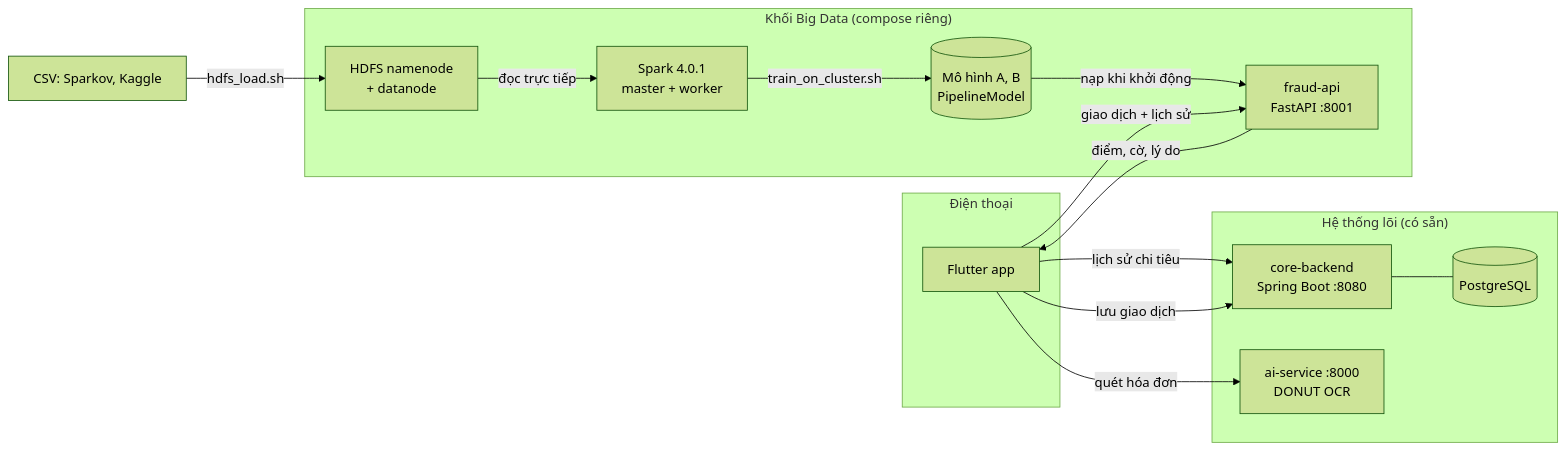
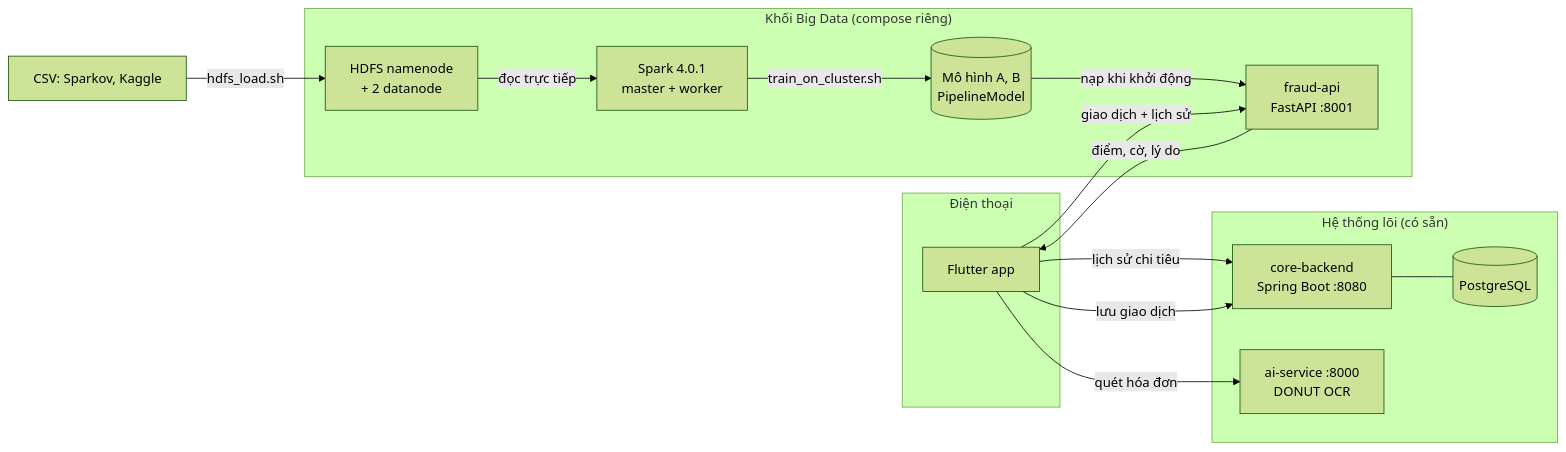
One commit to TriPhan15/spark-financial-anomaly-detection changed the first of 3 diagrams in BigData/docs/TEAM_GUIDE.md. Above: the diagram before and after it, drawn with Mermaid (forest theme). The commit also changed other lines of this file and 13 other files, not shown here.

Commit message:
docs(bigdata): sync docs with two-datanode HDFS and scaling results

````diff
--- a/BigData/docs/TEAM_GUIDE.md
+++ b/BigData/docs/TEAM_GUIDE.md
@@ -82,27 +84,27 @@
 ```mermaid
 flowchart LR
     subgraph Mobile["Điện thoại"]
         APP["Flutter app"]
     end
     subgraph Core["Hệ thống lõi (có sẵn)"]
         CB["core-backend<br/>Spring Boot :8080"]
         PG[("PostgreSQL")]
         AI["ai-service :8000<br/>DONUT OCR"]
     end
     subgraph BD["Khối Big Data (compose riêng)"]
-        NN["HDFS namenode<br/>+ datanode"]
+        NN["HDFS namenode<br/>+ 2 datanode"]
         SP["Spark 4.0.1<br/>master + worker"]
         MODEL[("Mô hình A, B<br/>PipelineModel")]
         API["fraud-api<br/>FastAPI :8001"]
     end
     CSV["CSV: Sparkov, Kaggle"] -->|hdfs_load.sh| NN
     NN -->|đọc trực tiếp| SP
     SP -->|train_on_cluster.sh| MODEL
     MODEL -->|nạp khi khởi động| API
     APP -->|lịch sử chi tiêu| CB
     CB --- PG
     APP -->|quét hóa đơn| AI
     APP -->|giao dịch + lịch sử| API
     API -->|điểm, cờ, lý do| APP
     APP -->|lưu giao dịch| CB
 ```
````
